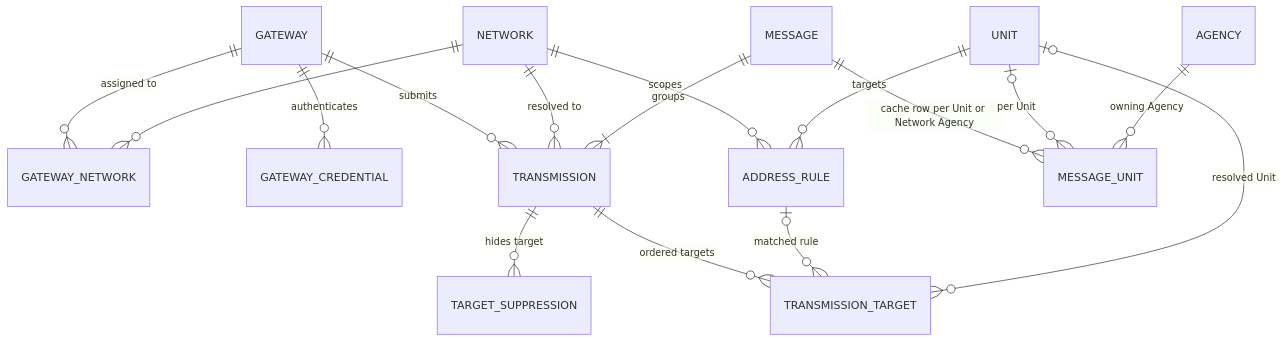
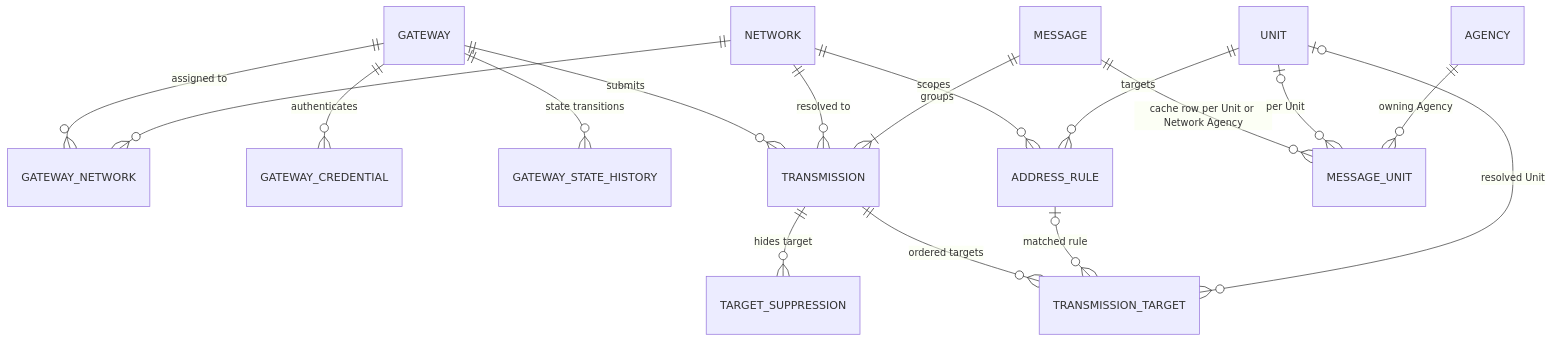
Before and after one commit to gopager/gopager: the fourth of 6 diagrams in docs/architecture.md, drawn with Mermaid. The commit also changed other lines of this file and 80 other files, not shown here.

````diff
--- a/docs/architecture.md
+++ b/docs/architecture.md
@@ -222,18 +228,19 @@
 ```mermaid
 erDiagram
     GATEWAY ||--o{ GATEWAY_NETWORK : "assigned to"
     NETWORK ||--o{ GATEWAY_NETWORK : ""
     GATEWAY ||--o{ GATEWAY_CREDENTIAL : authenticates
+    GATEWAY ||--o{ GATEWAY_STATE_HISTORY : "state transitions"
     GATEWAY ||--o{ TRANSMISSION : submits
     NETWORK ||--o{ TRANSMISSION : "resolved to"
     MESSAGE ||--|{ TRANSMISSION : groups
     TRANSMISSION ||--o{ TRANSMISSION_TARGET : "ordered targets"
     ADDRESS_RULE |o--o{ TRANSMISSION_TARGET : "matched rule"
     UNIT |o--o{ TRANSMISSION_TARGET : "resolved Unit"
     NETWORK ||--o{ ADDRESS_RULE : scopes
     UNIT ||--o{ ADDRESS_RULE : targets
     MESSAGE ||--o{ MESSAGE_UNIT : "cache row per Unit or Network Agency"
     UNIT |o--o{ MESSAGE_UNIT : "per Unit"
     AGENCY ||--o{ MESSAGE_UNIT : "owning Agency"
     TRANSMISSION ||--o{ TARGET_SUPPRESSION : "hides target"
 ```
````
